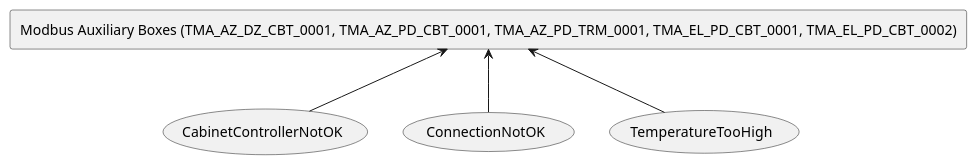
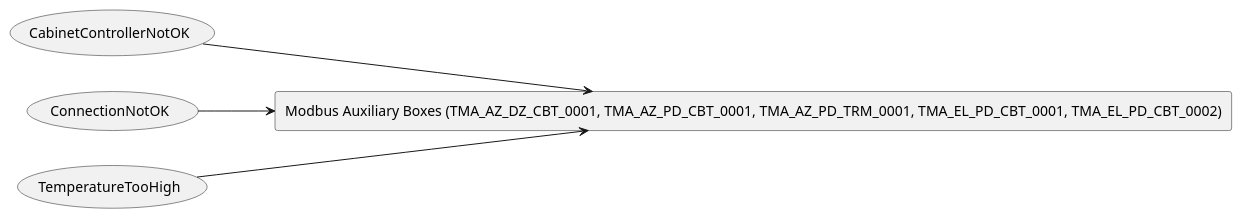
One commit to lsst-ts/ts_tma_tma-documentation_tma-faults changed diagram 17 of 18 in README.md. Above: the diagram before and after it, drawn with PlantUML. The commit also changed other lines of this file, not shown here.

Commit message:
refactor: change the diagrams to be left to right instead of top to bottom

````diff
--- a/README.md
+++ b/README.md
@@ -1059,15 +1074,16 @@
 ```plantuml
 @startuml
+left to right direction
 rectangle "Modbus Auxiliary Boxes (TMA_AZ_DZ_CBT_0001, TMA_AZ_PD_CBT_0001, TMA_AZ_PD_TRM_0001, TMA_EL_PD_CBT_0001, TMA_EL_PD_CBT_0002)" as ModbusAuxiliaryBoxes
 usecase "CabinetControllerNotOK" as CabinetControllerNotOK
 
-CabinetControllerNotOK -u-> ModbusAuxiliaryBoxes
+CabinetControllerNotOK --> ModbusAuxiliaryBoxes
 usecase "ConnectionNotOK" as ConnectionNotOK
 
-ConnectionNotOK -u-> ModbusAuxiliaryBoxes
+ConnectionNotOK --> ModbusAuxiliaryBoxes
 usecase "TemperatureTooHigh" as TemperatureTooHigh
 
-TemperatureTooHigh -u-> ModbusAuxiliaryBoxes
+TemperatureTooHigh --> ModbusAuxiliaryBoxes
 
 @enduml
 ```
````
